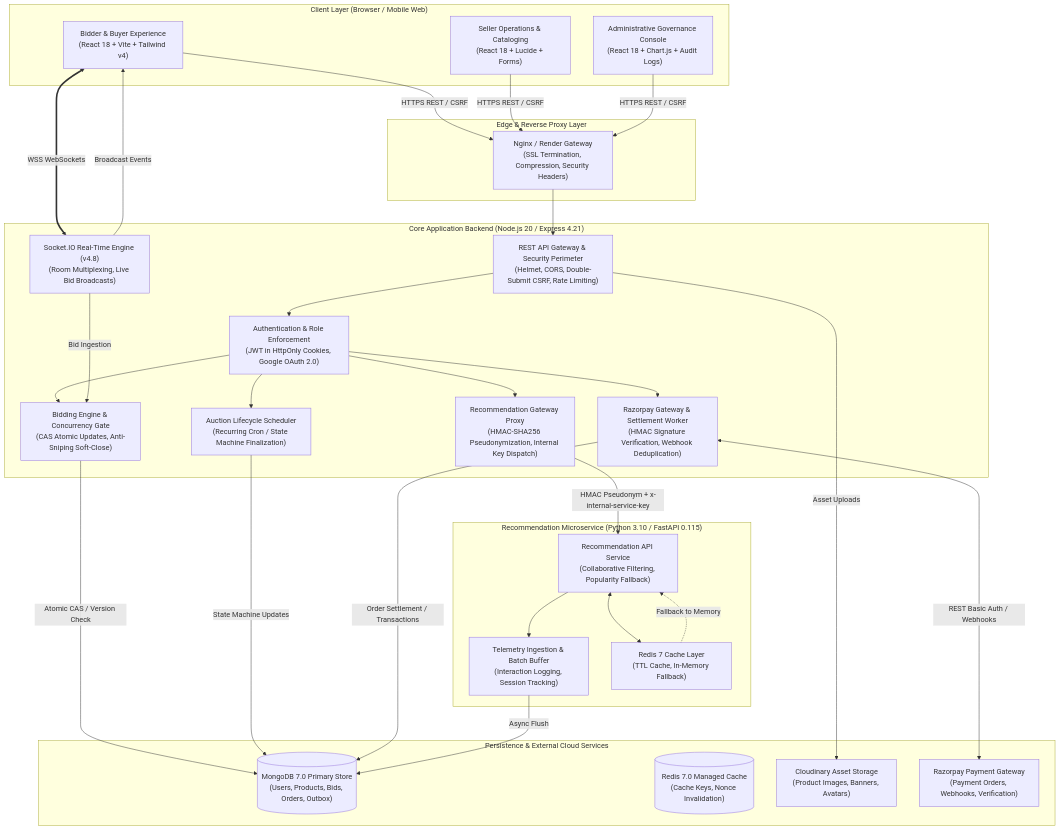
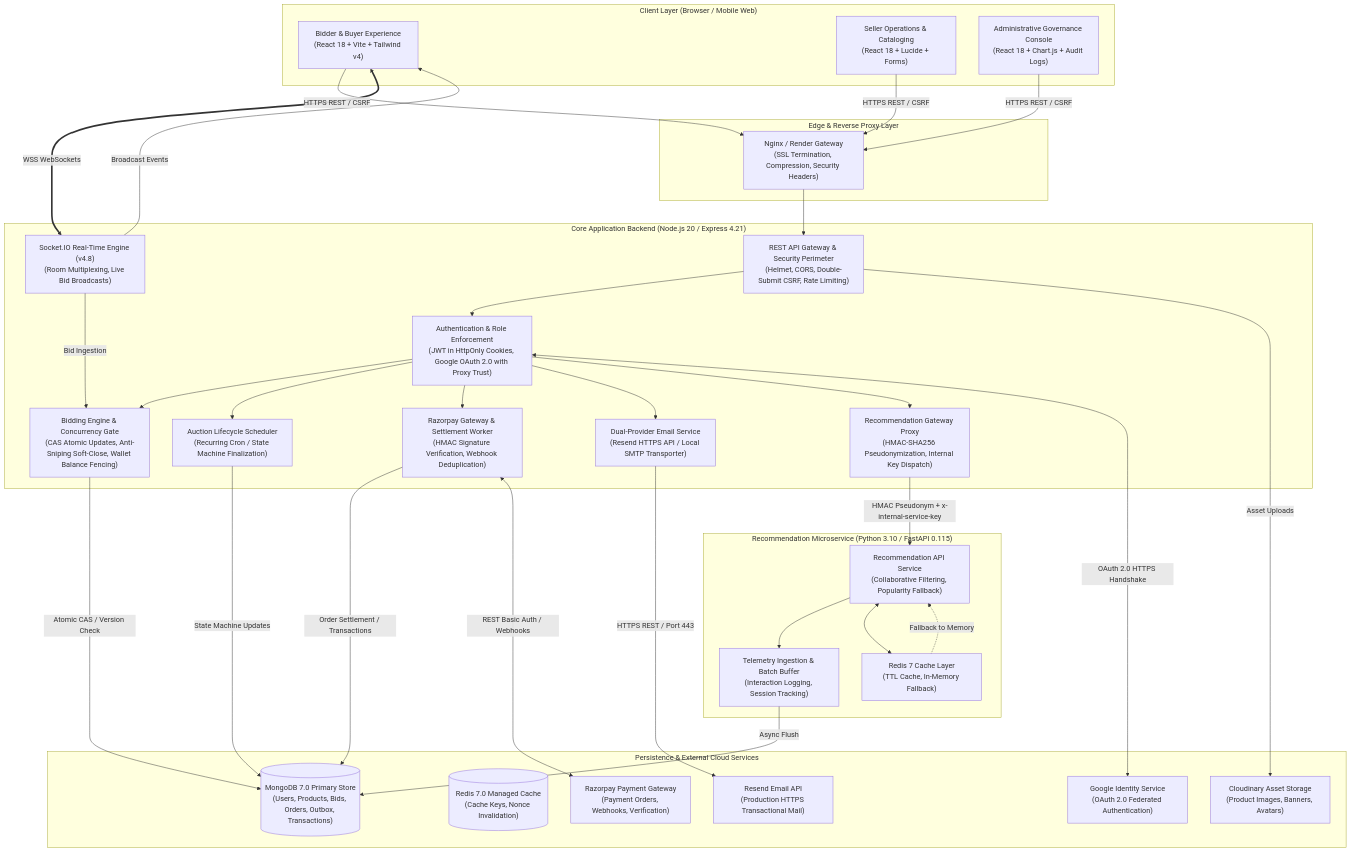
One commit to OmSardar/AuctionX-Enhanced-Live-AI-Auction-Platform changed the diagram in docs/architecture/system-overview.md. Above: the diagram before and after it, drawn with Mermaid. The commit also changed other lines of this file and 29 other files, not shown here.

First line of the commit message:
feat(email,oauth,docs): production Resend dual-provider delivery, OAuth proxy fix & doc sync

````diff
--- a/docs/architecture/system-overview.md
+++ b/docs/architecture/system-overview.md
@@ -25,62 +26,68 @@
 ```mermaid
 graph TB
     subgraph Clients ["Client Layer (Browser / Mobile Web)"]
         UserWeb["Bidder & Buyer Experience<br/>(React 18 + Vite + Tailwind v4)"]
         SellerWeb["Seller Operations & Cataloging<br/>(React 18 + Lucide + Forms)"]
         AdminWeb["Administrative Governance Console<br/>(React 18 + Chart.js + Audit Logs)"]
     end
 
     subgraph Edge ["Edge & Reverse Proxy Layer"]
         NginxProxy["Nginx / Render Gateway<br/>(SSL Termination, Compression, Security Headers)"]
     end
 
     subgraph CoreBackend ["Core Application Backend (Node.js 20 / Express 4.21)"]
         APIGateway["REST API Gateway & Security Perimeter<br/>(Helmet, CORS, Double-Submit CSRF, Rate Limiting)"]
-        RBAC["Authentication & Role Enforcement<br/>(JWT in HttpOnly Cookies, Google OAuth 2.0)"]
-        BidEngine["Bidding Engine & Concurrency Gate<br/>(CAS Atomic Updates, Anti-Sniping Soft-Close)"]
+        RBAC["Authentication & Role Enforcement<br/>(JWT in HttpOnly Cookies, Google OAuth 2.0 with Proxy Trust)"]
+        BidEngine["Bidding Engine & Concurrency Gate<br/>(CAS Atomic Updates, Anti-Sniping Soft-Close, Wallet Balance Fencing)"]
         LifecycleWorker["Auction Lifecycle Scheduler<br/>(Recurring Cron / State Machine Finalization)"]
         PaymentWorker["Razorpay Gateway & Settlement Worker<br/>(HMAC Signature Verification, Webhook Deduplication)"]
+        EmailService["Dual-Provider Email Service<br/>(Resend HTTPS API / Local SMTP Transporter)"]
         RecProxy["Recommendation Gateway Proxy<br/>(HMAC-SHA256 Pseudonymization, Internal Key Dispatch)"]
         SocketServer["Socket.IO Real-Time Engine (v4.8)<br/>(Room Multiplexing, Live Bid Broadcasts)"]
     end
 
     subgraph RecService ["Recommendation Microservice (Python 3.10 / FastAPI 0.115)"]
         FastAPIApp["Recommendation API Service<br/>(Collaborative Filtering, Popularity Fallback)"]
         TelemetryBuffer["Telemetry Ingestion & Batch Buffer<br/>(Interaction Logging, Session Tracking)"]
         RecCache["Redis 7 Cache Layer<br/>(TTL Cache, In-Memory Fallback)"]
     end
 
     subgraph Persistence ["Persistence & External Cloud Services"]
-        MongoDBPrimary[("MongoDB 7.0 Primary Store<br/>(Users, Products, Bids, Orders, Outbox)")]
+        MongoDBPrimary[("MongoDB 7.0 Primary Store<br/>(Users, Products, Bids, Orders, Outbox, Transactions)")]
         RedisStore[("Redis 7.0 Managed Cache<br/>(Cache Keys, Nonce Invalidation)")]
         CloudinaryCDN["Cloudinary Asset Storage<br/>(Product Images, Banners, Avatars)"]
         RazorpayGateway["Razorpay Payment Gateway<br/>(Payment Orders, Webhooks, Verification)"]
+        ResendAPI["Resend Email API<br/>(Production HTTPS Transactional Mail)"]
+        GoogleIdentity["Google Identity Service<br/>(OAuth 2.0 Federated Authentication)"]
     end
 
     UserWeb -->|HTTPS REST / CSRF| NginxProxy
     SellerWeb -->|HTTPS REST / CSRF| NginxProxy
     AdminWeb -->|HTTPS REST / CSRF| NginxProxy
     UserWeb <==>|WSS WebSockets| SocketServer
 
     NginxProxy --> APIGateway
     APIGateway --> RBAC
     RBAC --> BidEngine
     RBAC --> LifecycleWorker
     RBAC --> PaymentWorker
+    RBAC --> EmailService
     RBAC --> RecProxy
 
     BidEngine -->|Atomic CAS / Version Check| MongoDBPrimary
     LifecycleWorker -->|State Machine Updates| MongoDBPrimary
     PaymentWorker -->|Order Settlement / Transactions| MongoDBPrimary
     PaymentWorker <-->|REST Basic Auth / Webhooks| RazorpayGateway
+    EmailService -->|HTTPS REST / Port 443| ResendAPI
+    RBAC <-->|OAuth 2.0 HTTPS Handshake| GoogleIdentity
     APIGateway -->|Asset Uploads| CloudinaryCDN
 
     SocketServer -->|Broadcast Events| UserWeb
     SocketServer -->|Bid Ingestion| BidEngine
 
     RecProxy -->|HMAC Pseudonym + x-internal-service-key| FastAPIApp
     FastAPIApp --> TelemetryBuffer
     TelemetryBuffer -->|Async Flush| MongoDBPrimary
     FastAPIApp <--> RecCache
     RecCache -.->|Fallback to Memory| FastAPIApp
 ```
````
